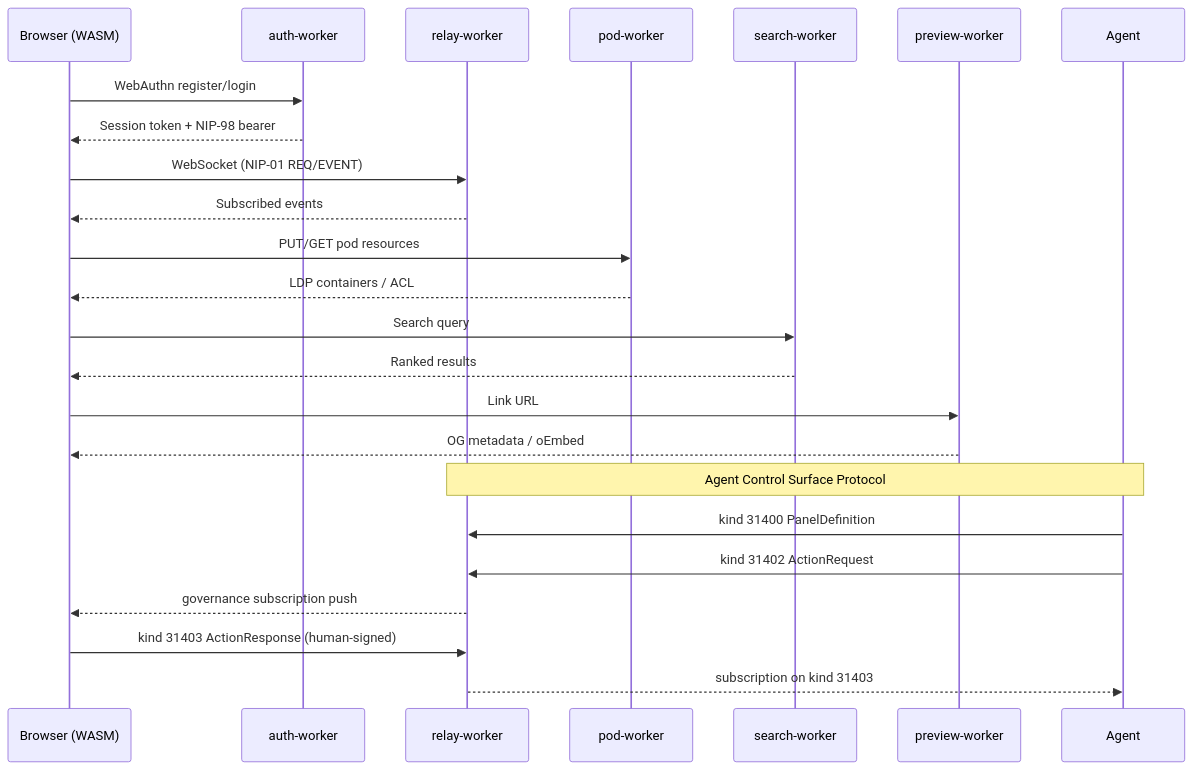
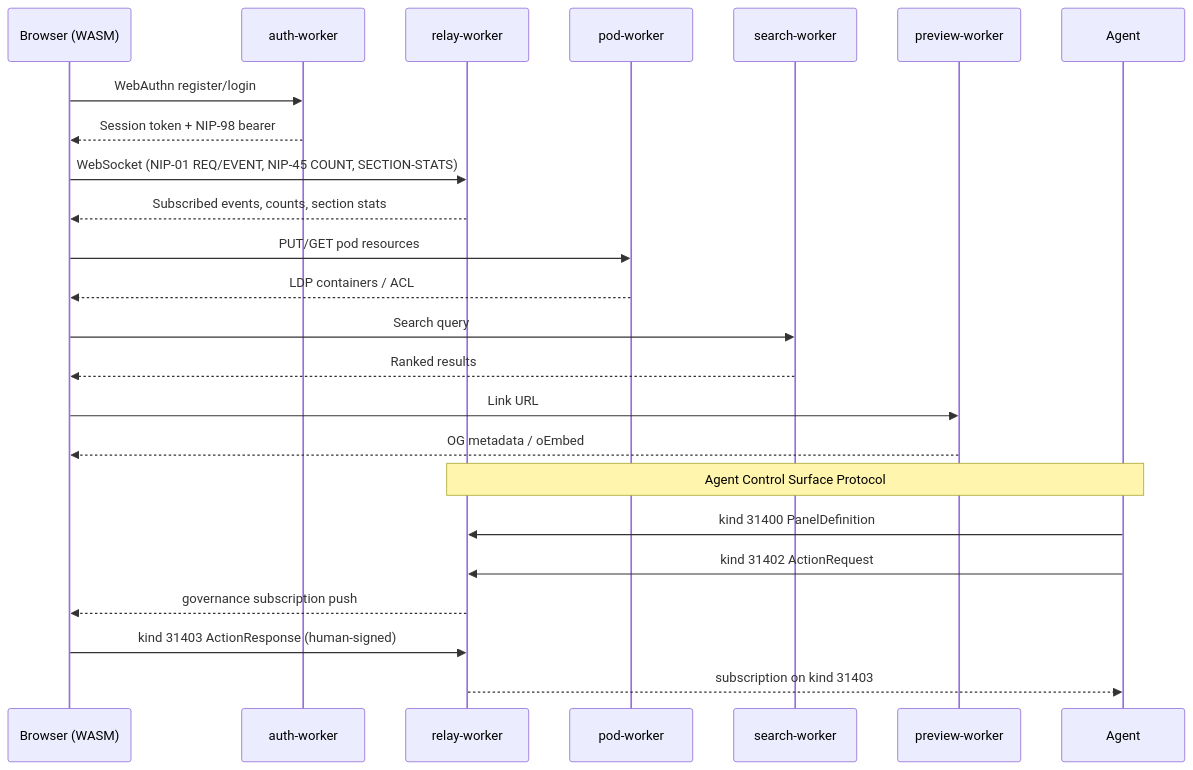
The first of 6 diagrams in docs/architecture.md (DreamLab-AI/nostr-rust-forum), drawn with Mermaid before and after one commit. The commit also changed other lines of this file and 6 other files, not shown here.

Commit message:
docs: ADR-2038, section topic list PRD, baseline, architecture diagram and changelog

````diff
--- a/docs/architecture.md
+++ b/docs/architecture.md
@@ -8,28 +8,28 @@
 ```mermaid
 sequenceDiagram
     participant B as Browser (WASM)
     participant A as auth-worker
     participant R as relay-worker
     participant P as pod-worker
     participant S as search-worker
     participant PV as preview-worker
     participant AG as Agent
 
     B->>A: WebAuthn register/login
     A-->>B: Session token + NIP-98 bearer
-    B->>R: WebSocket (NIP-01 REQ/EVENT)
-    R-->>B: Subscribed events
+    B->>R: WebSocket (NIP-01 REQ/EVENT, NIP-45 COUNT, SECTION-STATS)
+    R-->>B: Subscribed events, counts, section stats
     B->>P: PUT/GET pod resources
     P-->>B: LDP containers / ACL
     B->>S: Search query
     S-->>B: Ranked results
     B->>PV: Link URL
     PV-->>B: OG metadata / oEmbed
 
     Note over AG,R: Agent Control Surface Protocol
     AG->>R: kind 31400 PanelDefinition
     AG->>R: kind 31402 ActionRequest
     R-->>B: governance subscription push
     B->>R: kind 31403 ActionResponse (human-signed)
     R-->>AG: subscription on kind 31403
 ```
````
